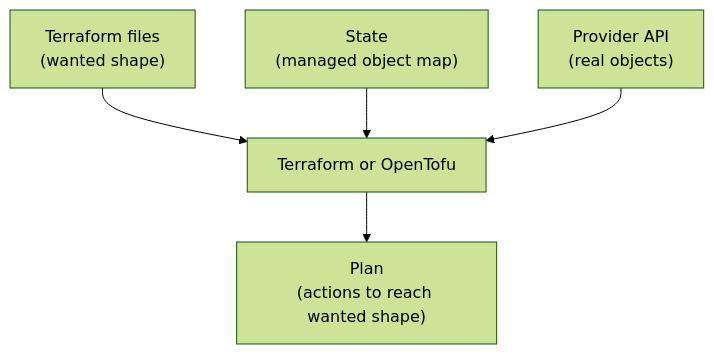
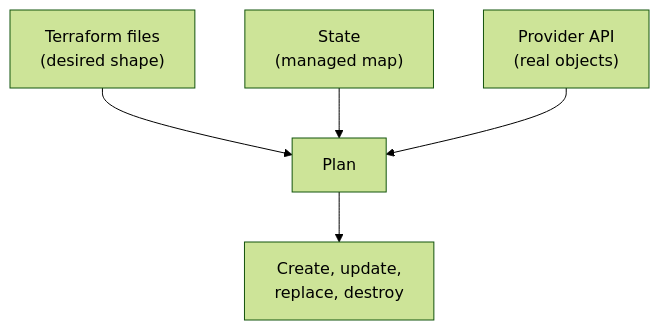
One commit to senlinyy/dev-roadmaps changed the first of 2 diagrams in infrastructure-as-code/terraform/state-backends-locking.md. Above: the diagram before and after it, drawn with Mermaid (forest theme). The commit also changed other lines of this file and 10 other files, not shown here.

````diff
--- a/infrastructure-as-code/terraform/state-backends-locking.md
+++ b/infrastructure-as-code/terraform/state-backends-locking.md
@@ -44,7 +44,7 @@
 ```mermaid
 flowchart TD
-    A["Terraform files<br/>(wanted shape)"] --> D["Terraform or OpenTofu"]
-    B["State<br/>(managed object map)"] --> D
-    C["Provider API<br/>(real objects)"] --> D
-    D --> E["Plan<br/>(actions to reach wanted shape)"]
+    Files["Terraform files<br/>(desired shape)"] --> Plan["Plan"]
+    State["State<br/>(managed map)"] --> Plan
+    Provider["Provider API<br/>(real objects)"] --> Plan
+    Plan --> Actions["Create, update,<br/>replace, destroy"]
 ```
````
